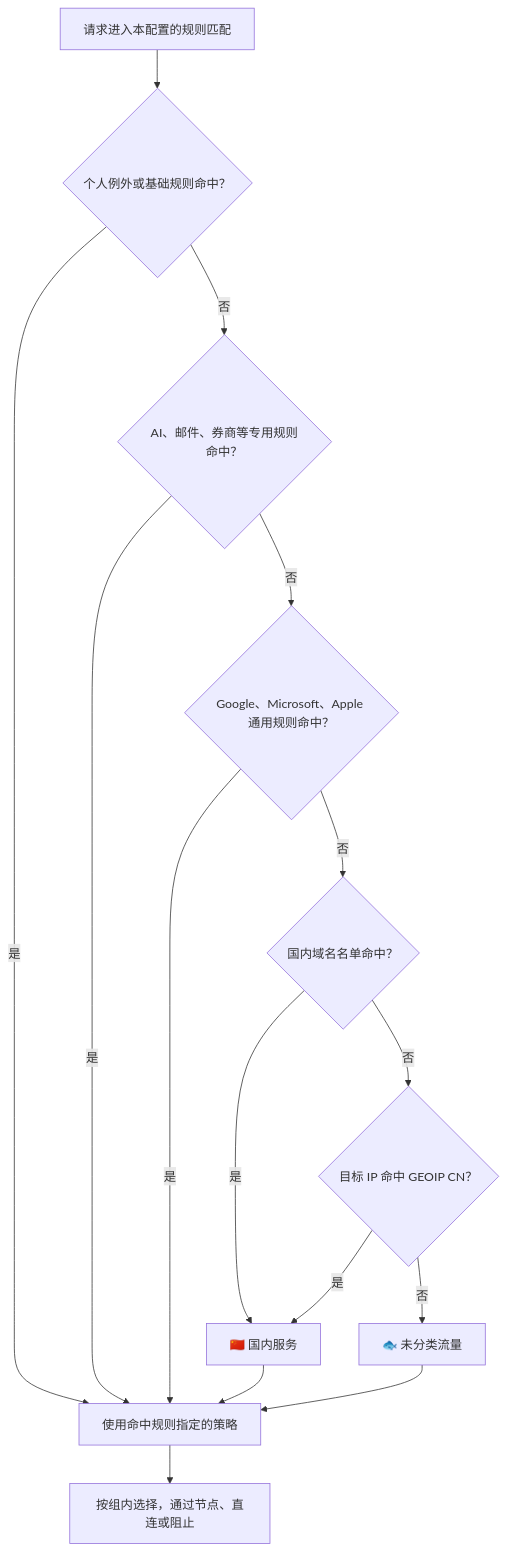
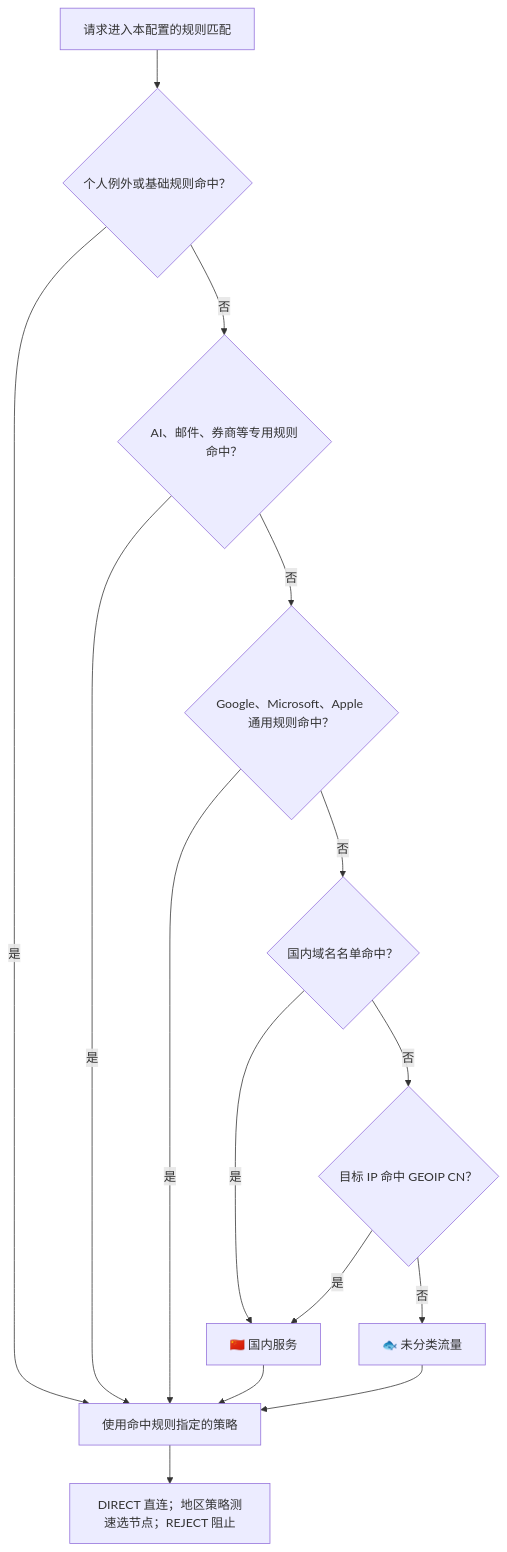
One commit to captainamari/ss-rules changed the diagram in README.md. Above: the diagram before and after it, drawn with Mermaid. The commit also changed other lines of this file and 5 other files, not shown here.

````diff
--- a/README.md
+++ b/README.md
@@ -111,17 +132,17 @@
 ```mermaid
 flowchart TD
     A["请求进入本配置的规则匹配"] --> B{"个人例外或基础规则命中？"}
     B -->|是| P["使用命中规则指定的策略"]
     B -->|否| C{"AI、邮件、券商等专用规则命中？"}
     C -->|是| P
     C -->|否| D{"Google、Microsoft、Apple 通用规则命中？"}
     D -->|是| P
     D -->|否| E{"国内域名名单命中？"}
     E -->|是| N["🇨🇳 国内服务"]
     E -->|否| F{"目标 IP 命中 GEOIP CN？"}
     F -->|是| N
     F -->|否| G["🐟 未分类流量"]
     N --> P
     G --> P
-    P --> H["按组内选择，通过节点、直连或阻止"]
+    P --> H["DIRECT 直连；地区策略测速选节点；REJECT 阻止"]
 ```
````
